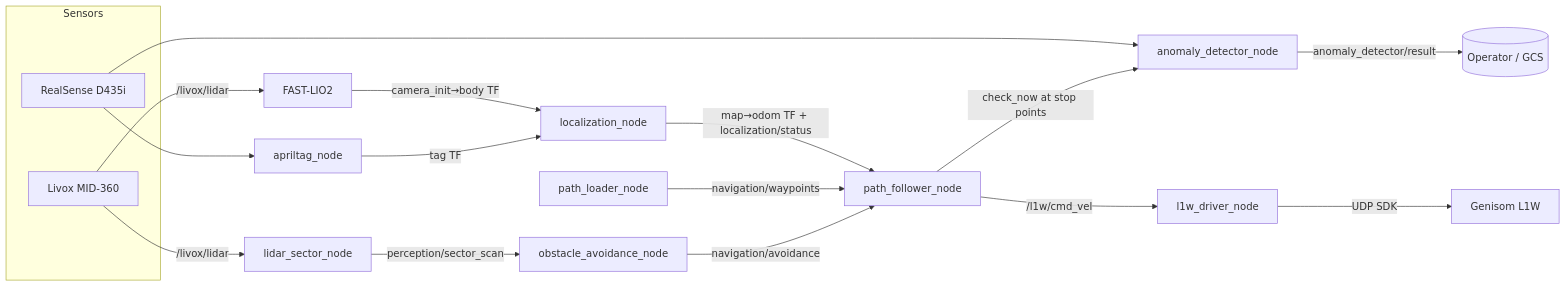
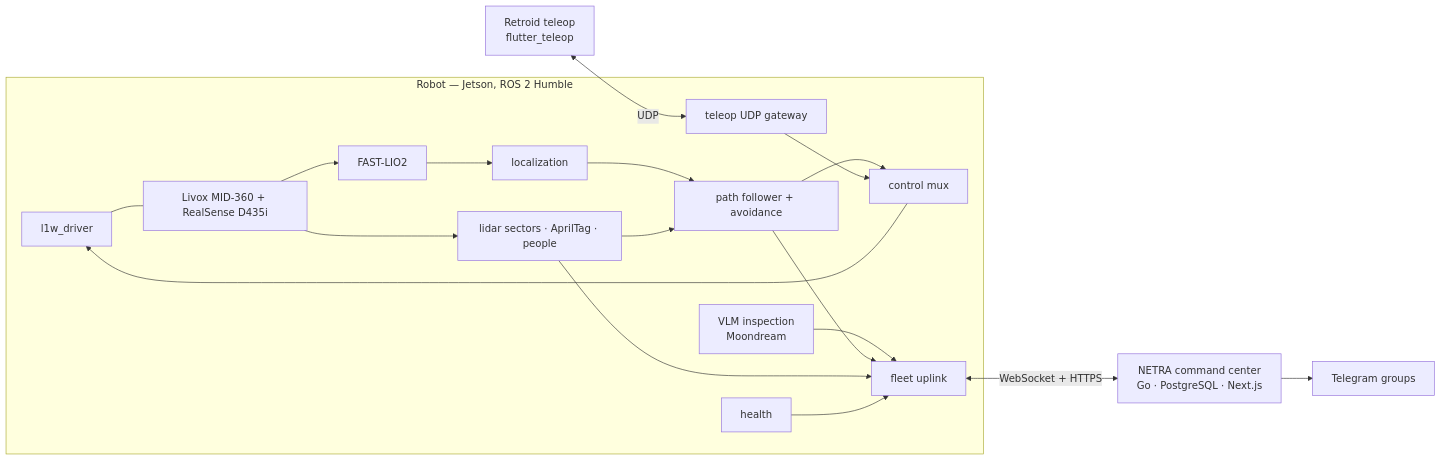
The diagram in README.md (DarmawanRobotics/Pashupati), drawn with Mermaid before and after one commit. The commit also changed other lines of this file, not shown here.

Commit message:
docs: rewrite the README for the complete robot stack

````diff
--- a/README.md
+++ b/README.md
@@ -51,25 +35,19 @@
 ```mermaid
 flowchart LR
-    subgraph Sensors
-        L[Livox MID-360]
-        C[RealSense D435i]
+    subgraph Robot[Robot — Jetson, ROS 2 Humble]
+        DRV[l1w_driver] --- SENS[Livox MID-360 + RealSense D435i]
+        SENS --> FL[FAST-LIO2] --> LOC[localization]
+        SENS --> PER[lidar sectors · AprilTag · people]
+        LOC --> NAV[path follower + avoidance]
+        PER --> NAV
+        NAV --> MUX[control mux] --> DRV
+        INS[VLM inspection<br/>Moondream] --> UP[fleet uplink]
+        NAV --> UP
+        PER --> UP
+        HL[health] --> UP
+        TEL[teleop UDP gateway] --> MUX
     end
-
-    L -->|/livox/lidar| FL[FAST-LIO2]
-    L -->|/livox/lidar| LS[lidar_sector_node]
-    C --> AT[apriltag_node]
-    C --> AD[anomaly_detector_node]
-
-    FL -->|camera_init→body TF| LOC[localization_node]
-    AT -->|tag TF| LOC
-    LOC -->|map→odom TF + localization/status| PF
-
-    PL[path_loader_node] -->|navigation/waypoints| PF[path_follower_node]
-    LS -->|perception/sector_scan| OA[obstacle_avoidance_node]
-    OA -->|navigation/avoidance| PF
-    PF -->|check_now at stop points| AD
-    PF -->|/l1w/cmd_vel| DRV[l1w_driver_node]
-    DRV -->|UDP SDK| ROBOT[Genisom L1W]
-
-    AD -->|anomaly_detector/result| OUT[(Operator / GCS)]
+    PAD[Retroid teleop<br/>flutter_teleop] <-- UDP --> TEL
+    UP <-- WebSocket + HTTPS --> NETRA[NETRA command center<br/>Go · PostgreSQL · Next.js]
+    NETRA --> TG[Telegram groups]
 ```
````
